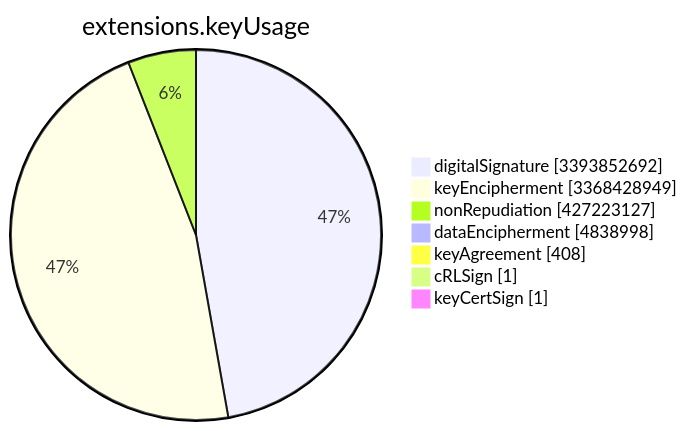
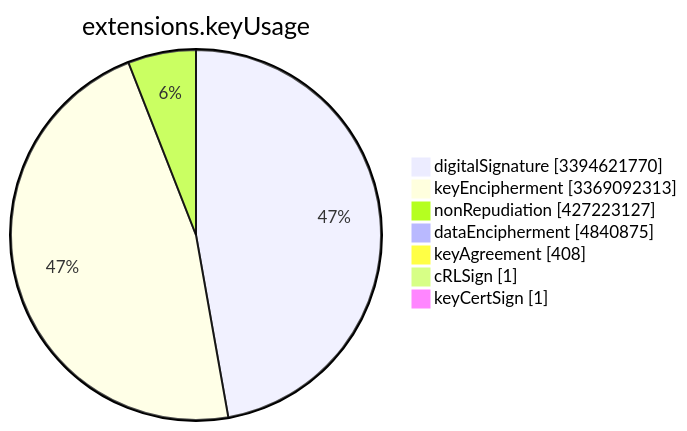
Before and after one commit to christiankrug/ctmonitor_visualization: the sixth of 15 diagrams in TOTAL/README.md, drawn with Mermaid. The commit also changed other lines of this file, not shown here.

````diff
--- a/TOTAL/README.md
+++ b/TOTAL/README.md
@@ -3081,11 +3081,11 @@
 ```mermaid
 pie showData
 title extensions.keyUsage
-"digitalSignature" :3393852692
-"keyEncipherment" :3368428949
+"digitalSignature" :3394621770
+"keyEncipherment" :3369092313
 "nonRepudiation" :427223127
-"dataEncipherment" :4838998
+"dataEncipherment" :4840875
 "keyAgreement" :408
 "cRLSign" :1
 "keyCertSign" :1
 ```
````
